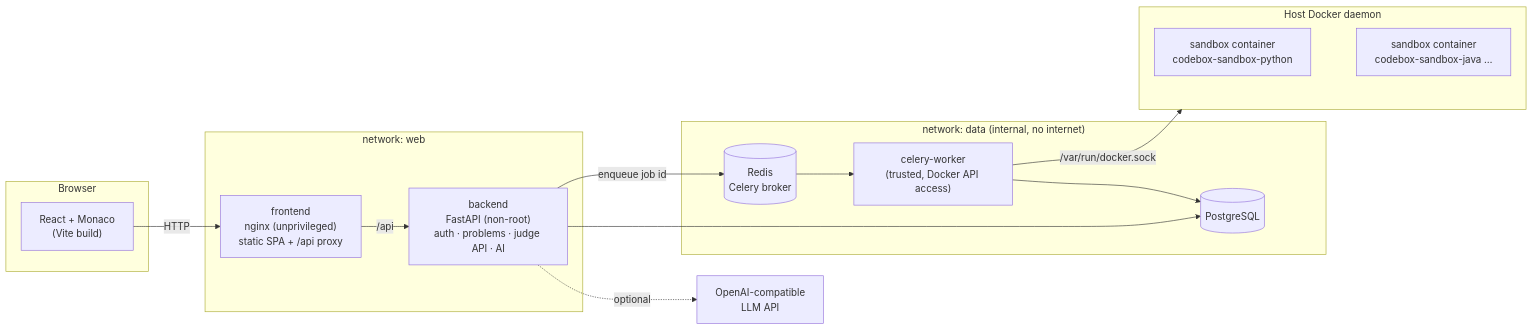
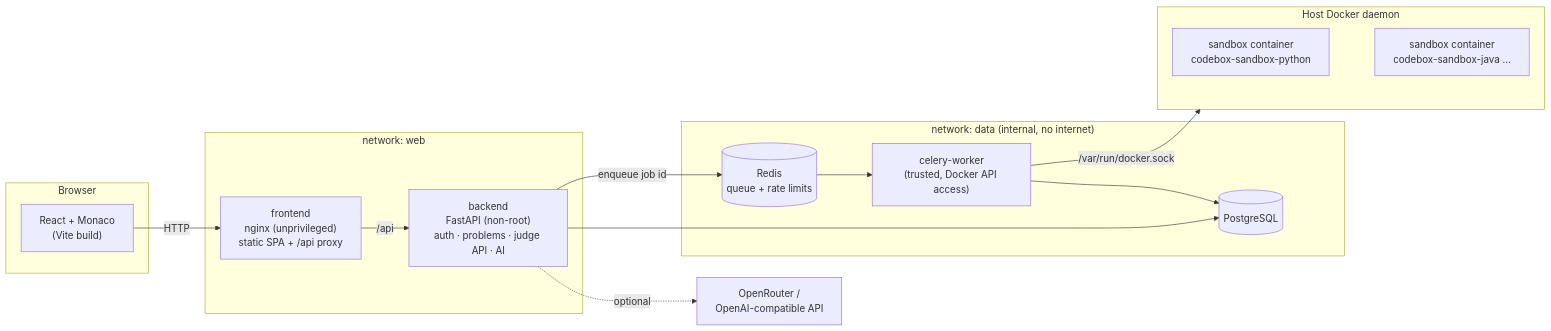
Before and after one commit to Keerthi316/codebox: the first of 2 diagrams in README.md, drawn with Mermaid. The commit also changed other lines of this file, not shown here.

````diff
--- a/README.md
+++ b/README.md
@@ -52,33 +155,33 @@
 ```mermaid
 flowchart LR
     subgraph Browser
         UI["React + Monaco<br/>(Vite build)"]
     end
 
     subgraph web["network: web"]
         FE["frontend<br/>nginx (unprivileged)<br/>static SPA + /api proxy"]
         BE["backend<br/>FastAPI (non-root)<br/>auth · problems · judge API · AI"]
     end
 
     subgraph data["network: data (internal, no internet)"]
         PG[("PostgreSQL")]
-        RD[("Redis<br/>Celery broker")]
+        RD[("Redis<br/>queue + rate limits")]
         WK["celery-worker<br/>(trusted, Docker API access)"]
     end
 
     subgraph host["Host Docker daemon"]
         SB1["sandbox container<br/>codebox-sandbox-python"]
         SB2["sandbox container<br/>codebox-sandbox-java …"]
     end
 
-    LLM["OpenAI-compatible<br/>LLM API"]
+    LLM["OpenRouter /<br/>OpenAI-compatible API"]
 
     UI -->|HTTP| FE -->|/api| BE
     BE --> PG
     BE -->|enqueue job id| RD
     RD --> WK
     WK --> PG
     WK -->|/var/run/docker.sock| host
     host --- SB1 & SB2
     BE -.->|optional| LLM
 ```
````
